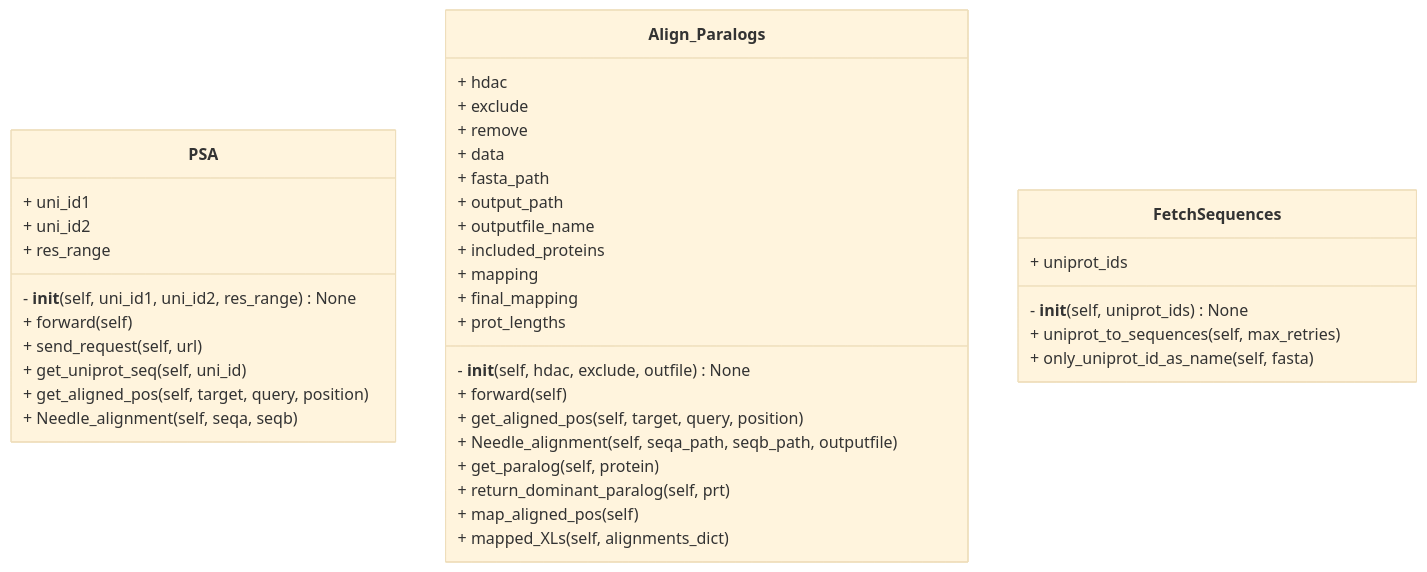
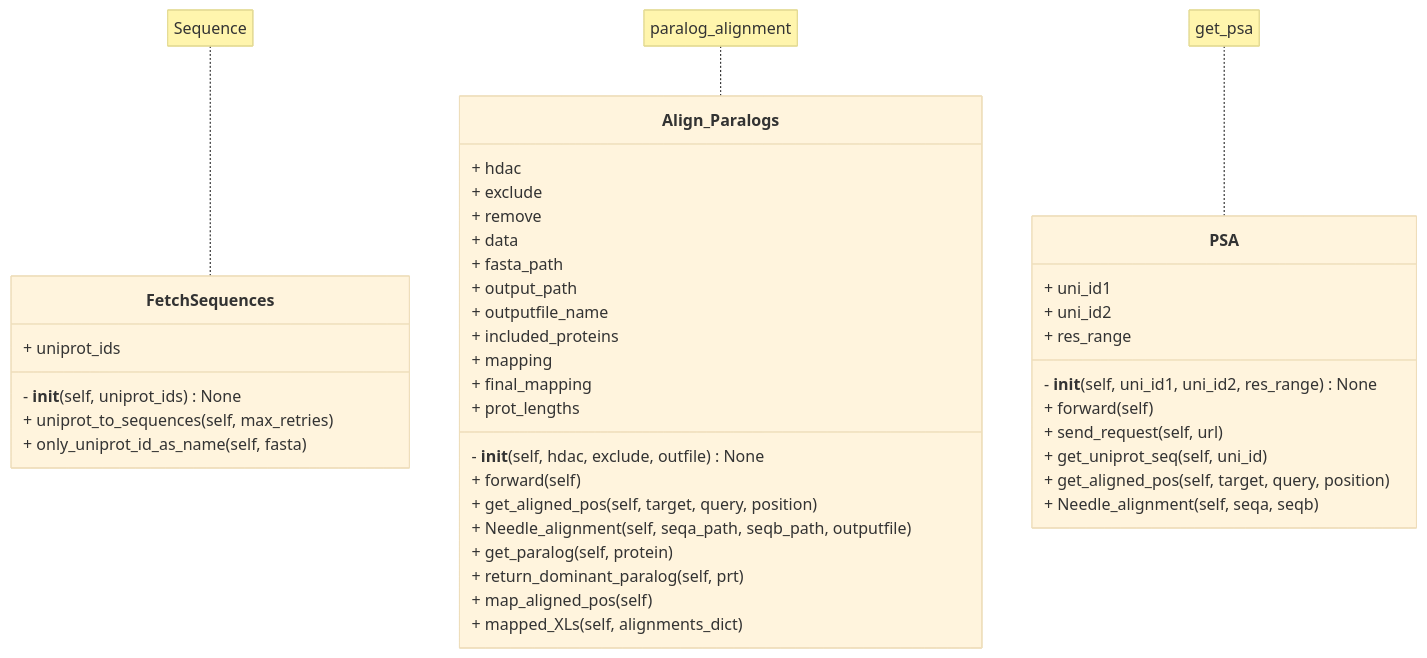
The diagram in pre_processing/sequence/README.md (isblab/IMP_Toolbox), drawn with Mermaid (base theme) before and after one commit. The commit also changed 1 other file, not shown here.

````diff
--- a/pre_processing/sequence/README.md
+++ b/pre_processing/sequence/README.md
@@ -2,48 +2,50 @@
 ```mermaid
 ---
 config:
     class:
         hideEmptyMembersBox: true
 ---
 classDiagram
-    class PSA {
-        + uni_id1
-        + uni_id2
-        + res_range
-        - __init__(self, uni_id1, uni_id2, res_range) None
-        + forward(self)
-        + send_request(self, url)
-        + get_uniprot_seq(self, uni_id)
-        + get_aligned_pos(self, target, query, position)
-        + Needle_alignment(self, seqa, seqb)
+    note for FetchSequences "Sequence"
+    class FetchSequences {
+        + uniprot_ids
+        - __init__(self, uniprot_ids) None
+        + uniprot_to_sequences(self, max_retries)
+        + only_uniprot_id_as_name(self, fasta)
     }
-
+    note for Align_Paralogs "paralog_alignment"
     class Align_Paralogs {
         + hdac
         + exclude
         + remove
         + data
         + fasta_path
         + output_path
         + outputfile_name
         + included_proteins
         + mapping
         + final_mapping
         + prot_lengths
         - __init__(self, hdac, exclude, outfile) None
         + forward(self)
         + get_aligned_pos(self, target, query, position)
         + Needle_alignment(self, seqa_path, seqb_path, outputfile)
         + get_paralog(self, protein)
         + return_dominant_paralog(self, prt)
         + map_aligned_pos(self)
         + mapped_XLs(self, alignments_dict)
     }
+    note for PSA "get_psa"
+    class PSA {
+        + uni_id1
+        + uni_id2
+        + res_range
+        - __init__(self, uni_id1, uni_id2, res_range) None
+        + forward(self)
+        + send_request(self, url)
+        + get_uniprot_seq(self, uni_id)
+        + get_aligned_pos(self, target, query, position)
+        + Needle_alignment(self, seqa, seqb)
+    }
 
-    class FetchSequences {
-        + uniprot_ids
-        - __init__(self, uniprot_ids) None
-        + uniprot_to_sequences(self, max_retries)
-        + only_uniprot_id_as_name(self, fasta)
-    }
 ```
````
